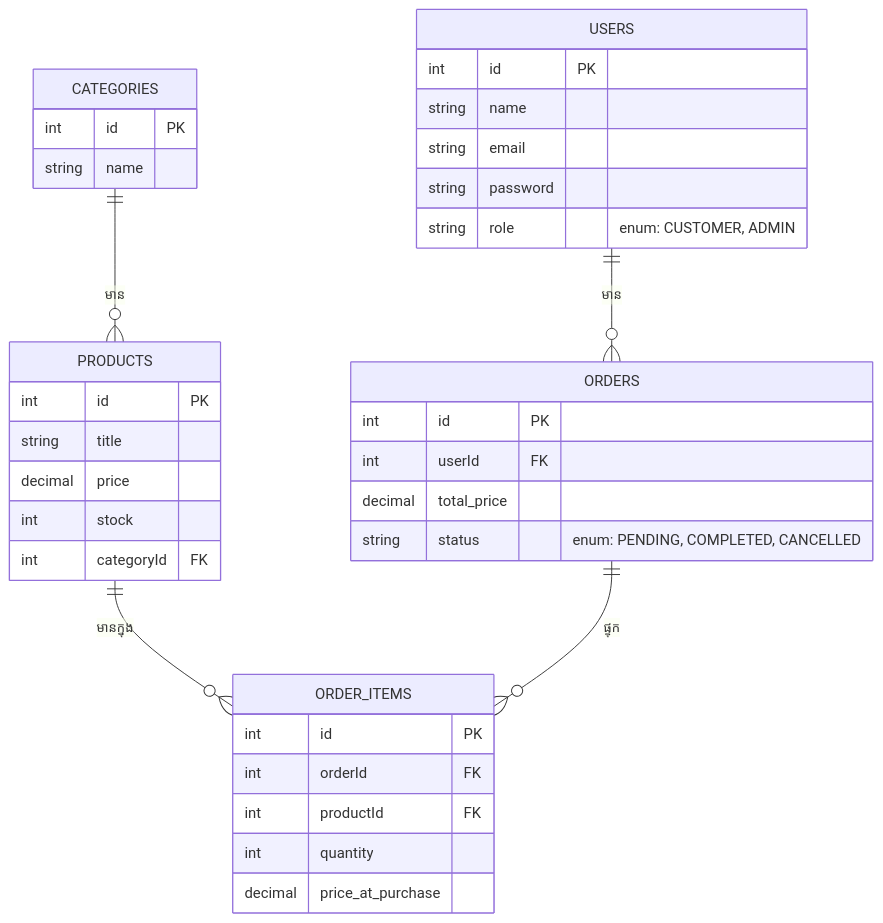
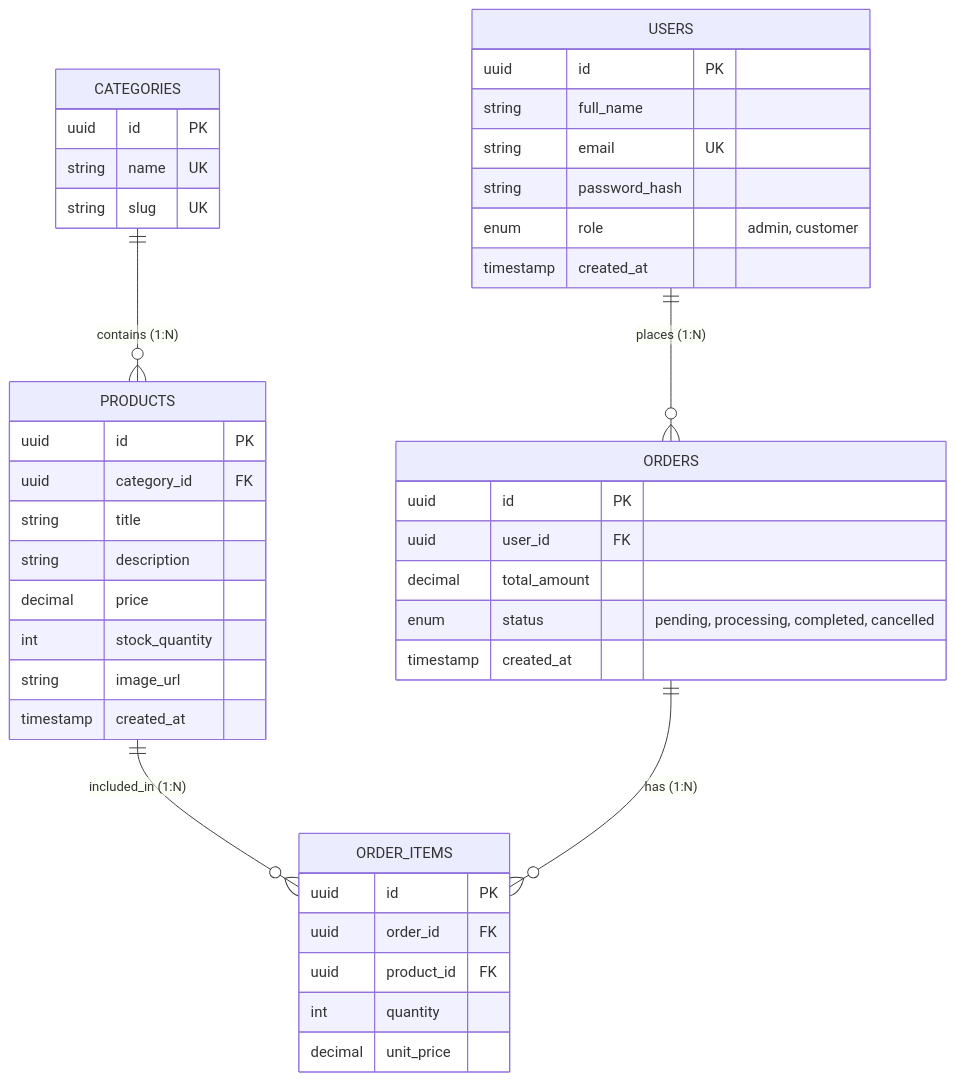
The second of 2 diagrams in src/courses/backend/module-8-capstone/01-ecommerce-api-project.mdx (Ari-ICU/full-stack-short-coures), drawn with Mermaid before and after one commit. The commit also changed other lines of this file and 47 other files, not shown here.

Commit message:
refactor: rename backend-architecture directory to backend and update path references across all course modules

````diff
--- a/src/courses/backend/module-8-capstone/01-ecommerce-api-project.mdx
+++ b/src/courses/backend/module-8-capstone/01-ecommerce-api-project.mdx
@@ -23,38 +49,48 @@
 ```mermaid
 erDiagram
-    USERS ||--o{ ORDERS : "មាន"
+    USERS ||--o{ ORDERS : "places (1:N)"
     USERS {
-        int id PK
-        string name
-        string email
-        string password
-        string role "enum: CUSTOMER, ADMIN"
+        uuid id PK
+        string full_name
+        string email UK
+        string password_hash
+        enum role "admin, customer"
+        timestamp created_at
     }
-    CATEGORIES ||--o{ PRODUCTS : "មាន"
+
+    CATEGORIES ||--o{ PRODUCTS : "contains (1:N)"
     CATEGORIES {
-        int id PK
-        string name
+        uuid id PK
+        string name UK
+        string slug UK
     }
-    PRODUCTS ||--o{ ORDER_ITEMS : "មានក្នុង"
+
+    PRODUCTS ||--o{ ORDER_ITEMS : "included_in (1:N)"
     PRODUCTS {
-        int id PK
+        uuid id PK
+        uuid category_id FK
         string title
+        string description
         decimal price
-        int stock
-        int categoryId FK
+        int stock_quantity
+        string image_url
+        timestamp created_at
     }
-    ORDERS ||--o{ ORDER_ITEMS : "ផ្ទុក"
+
+    ORDERS ||--o{ ORDER_ITEMS : "has (1:N)"
     ORDERS {
-        int id PK
-        int userId FK
-        decimal total_price
-        string status "enum: PENDING, COMPLETED, CANCELLED"
+        uuid id PK
+        uuid user_id FK
+        decimal total_amount
+        enum status "pending, processing, completed, cancelled"
+        timestamp created_at
     }
+
     ORDER_ITEMS {
-        int id PK
-        int orderId FK
-        int productId FK
+        uuid id PK
+        uuid order_id FK
+        uuid product_id FK
         int quantity
-        decimal price_at_purchase
+        decimal unit_price
     }
 ```
````
